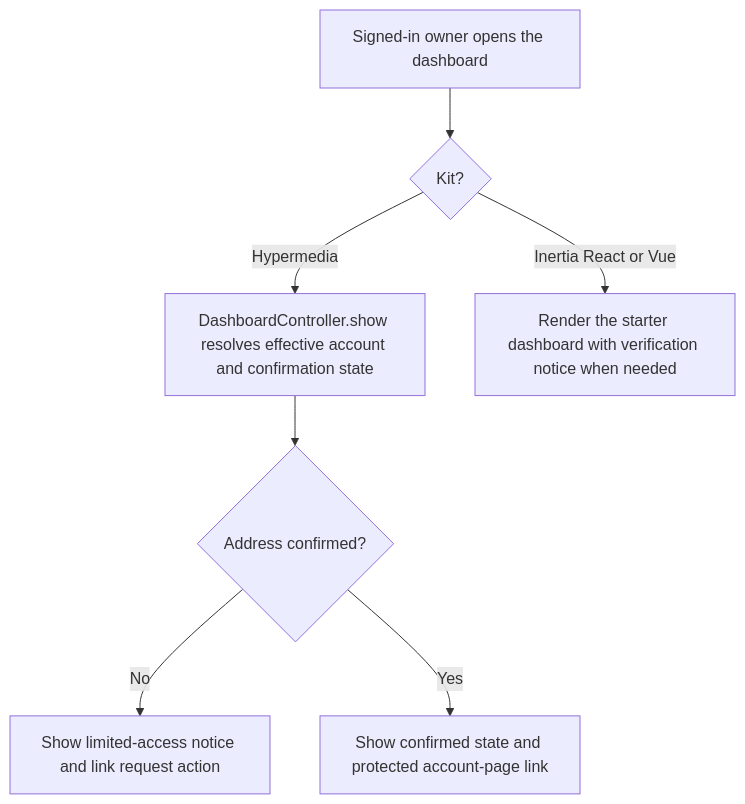
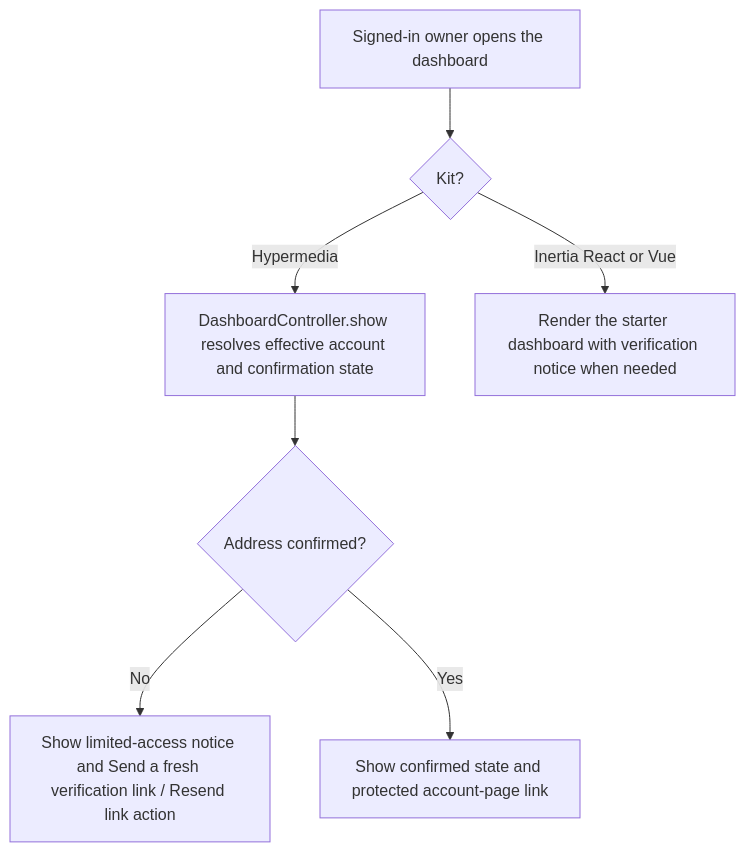
One commit to Kevinjohn/oss-adonisjs-starter-examples changed the first of 2 diagrams in user-stories/accounts/us-account-12-open-account-dashboard.md. Above: the diagram before and after it, drawn with Mermaid. The commit also changed other lines of this file and 5 other files, not shown here.

````diff
--- a/user-stories/accounts/us-account-12-open-account-dashboard.md
+++ b/user-stories/accounts/us-account-12-open-account-dashboard.md
@@ -22,9 +22,9 @@
 ```mermaid
 flowchart TD
     A["Signed-in owner opens the dashboard"] --> B{"Kit?"}
     B -->|Hypermedia| C["DashboardController.show resolves effective account and confirmation state"]
     B -->|Inertia React or Vue| D["Render the starter dashboard with verification notice when needed"]
     C --> E{"Address confirmed?"}
-    E -->|No| F["Show limited-access notice and link request action"]
+    E -->|No| F["Show limited-access notice and Send a fresh verification link / Resend link action"]
     E -->|Yes| G["Show confirmed state and protected account-page link"]
 ```
````
